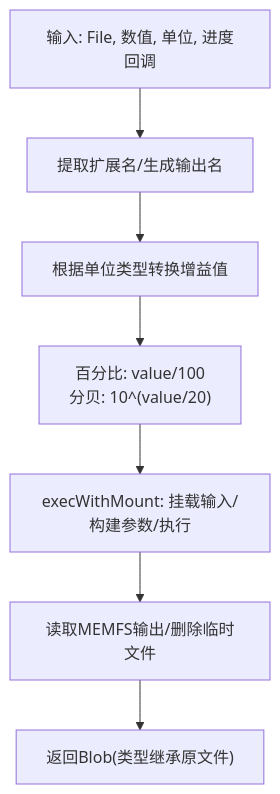
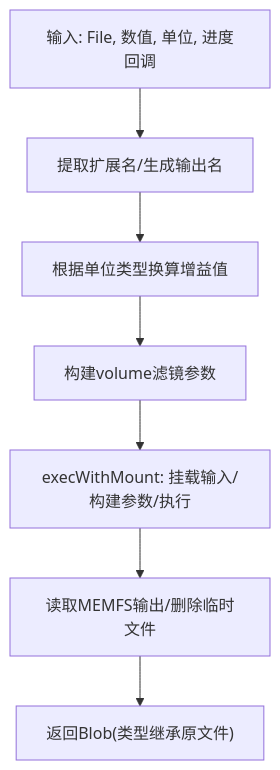
One commit to sgyy/privadeck changed the fourth of 7 diagrams in .qoder/repowiki/zh/content/音频工具/音量调节.md. Above: the diagram before and after it, drawn with Mermaid. The commit also changed other lines of this file and 48 other files, not shown here.

````diff
--- a/.qoder/repowiki/zh/content/音频工具/音量调节.md
+++ b/.qoder/repowiki/zh/content/音频工具/音量调节.md
@@ -229,9 +204,9 @@
 ```mermaid
 flowchart TD
 A["输入: File, 数值, 单位, 进度回调"] --> B["提取扩展名/生成输出名"]
-B --> C["根据单位类型转换增益值"]
-C --> D["百分比: value/100<br/>分贝: 10^(value/20)"]
+B --> C["根据单位类型换算增益值"]
+C --> D["构建volume滤镜参数"]
 D --> E["execWithMount: 挂载输入/构建参数/执行"]
 E --> F["读取MEMFS输出/删除临时文件"]
 F --> G["返回Blob(类型继承原文件)"]
 ```
````
